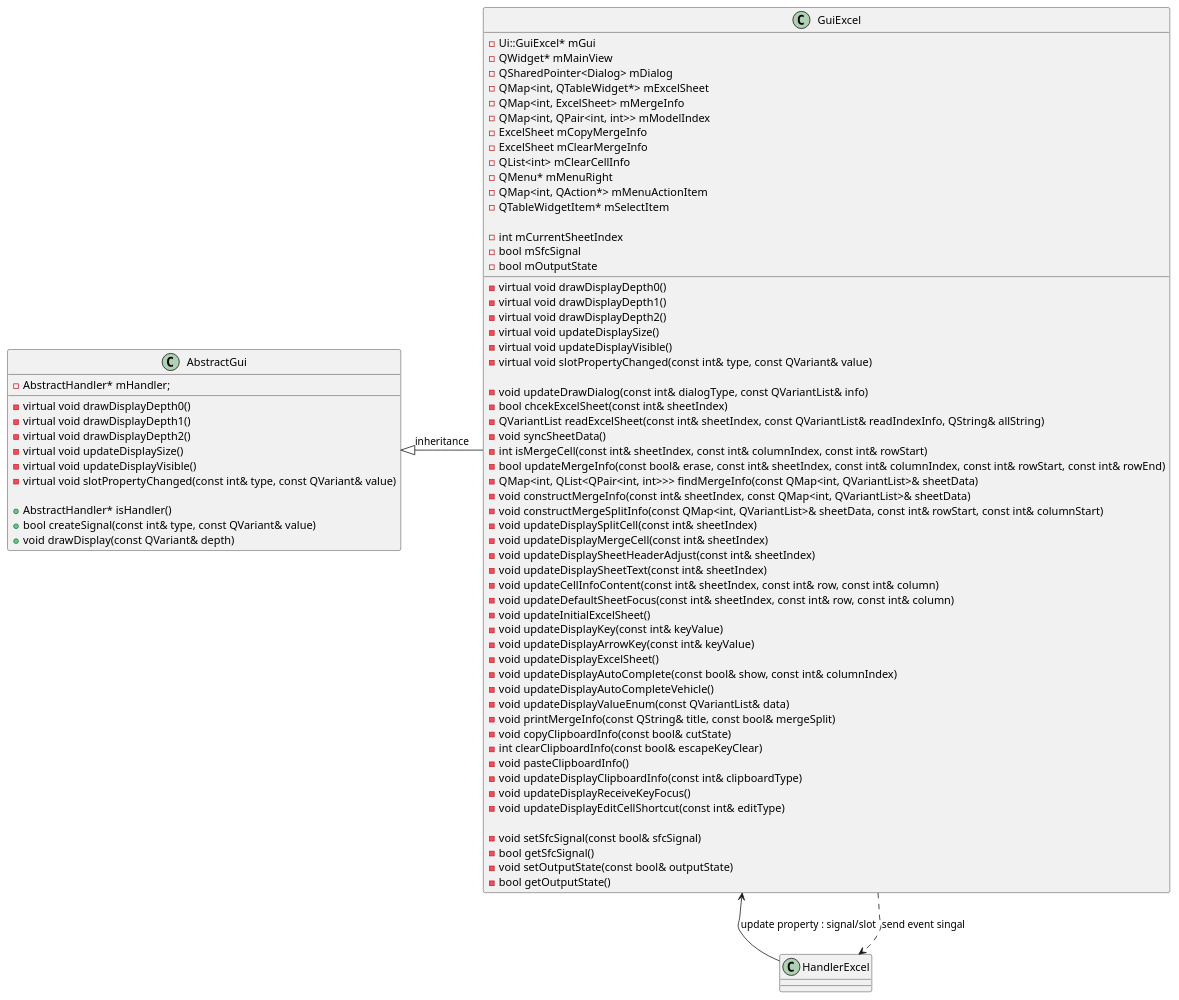
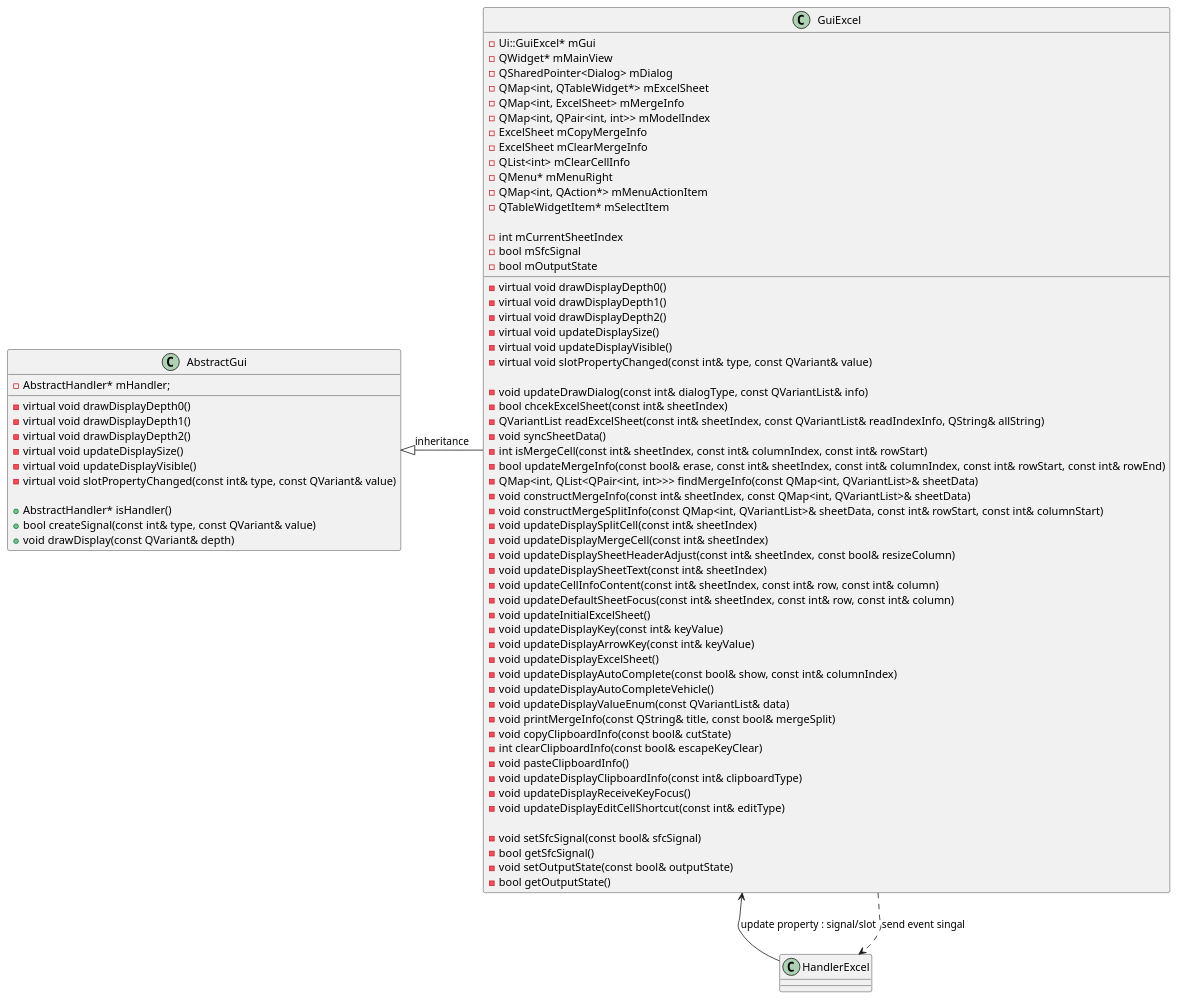
One commit to rlarudgh1997/Application changed the diagram in Diagram/022_Excel/ClassDiagram_ExcelGui.plantuml. Above: the diagram before and after it, drawn with PlantUML. The commit also changed 26 other files, not shown here.

```diff
--- a/Diagram/022_Excel/ClassDiagram_ExcelGui.plantuml
+++ b/Diagram/022_Excel/ClassDiagram_ExcelGui.plantuml
@@ -1,86 +1,86 @@
 @startuml
 
 ' AbstractGui 클래스 정의
 class AbstractGui {
     -virtual void drawDisplayDepth0()
     -virtual void drawDisplayDepth1()
     -virtual void drawDisplayDepth2()
     -virtual void updateDisplaySize()
     -virtual void updateDisplayVisible()
     -virtual void slotPropertyChanged(const int& type, const QVariant& value)
 
     +AbstractHandler* isHandler()
     +bool createSignal(const int& type, const QVariant& value)
     +void drawDisplay(const QVariant& depth)
 
     -AbstractHandler* mHandler;
 }
 
 ' GuiExcel 클래스 정의
 class GuiExcel {
     -virtual void drawDisplayDepth0()
     -virtual void drawDisplayDepth1()
     -virtual void drawDisplayDepth2()
     -virtual void updateDisplaySize()
     -virtual void updateDisplayVisible()
     -virtual void slotPropertyChanged(const int& type, const QVariant& value)
 
     -void updateDrawDialog(const int& dialogType, const QVariantList& info)
     -bool chcekExcelSheet(const int& sheetIndex)
     -QVariantList readExcelSheet(const int& sheetIndex, const QVariantList& readIndexInfo, QString& allString)
     -void syncSheetData()
     -int isMergeCell(const int& sheetIndex, const int& columnIndex, const int& rowStart)
     -bool updateMergeInfo(const bool& erase, const int& sheetIndex, const int& columnIndex, const int& rowStart, const int& rowEnd)
     -QMap<int, QList<QPair<int, int>>> findMergeInfo(const QMap<int, QVariantList>& sheetData)
     -void constructMergeInfo(const int& sheetIndex, const QMap<int, QVariantList>& sheetData)
     -void constructMergeSplitInfo(const QMap<int, QVariantList>& sheetData, const int& rowStart, const int& columnStart)
     -void updateDisplaySplitCell(const int& sheetIndex)
     -void updateDisplayMergeCell(const int& sheetIndex)
-    -void updateDisplaySheetHeaderAdjust(const int& sheetIndex)
+    -void updateDisplaySheetHeaderAdjust(const int& sheetIndex, const bool& resizeColumn)
     -void updateDisplaySheetText(const int& sheetIndex)
     -void updateCellInfoContent(const int& sheetIndex, const int& row, const int& column)
     -void updateDefaultSheetFocus(const int& sheetIndex, const int& row, const int& column)
     -void updateInitialExcelSheet()
     -void updateDisplayKey(const int& keyValue)
     -void updateDisplayArrowKey(const int& keyValue)
     -void updateDisplayExcelSheet()
     -void updateDisplayAutoComplete(const bool& show, const int& columnIndex)
     -void updateDisplayAutoCompleteVehicle()
     -void updateDisplayValueEnum(const QVariantList& data)
     -void printMergeInfo(const QString& title, const bool& mergeSplit)
     -void copyClipboardInfo(const bool& cutState)
     -int clearClipboardInfo(const bool& escapeKeyClear)
     -void pasteClipboardInfo()
     -void updateDisplayClipboardInfo(const int& clipboardType)
     -void updateDisplayReceiveKeyFocus()
     -void updateDisplayEditCellShortcut(const int& editType)
 
     -void setSfcSignal(const bool& sfcSignal)
     -bool getSfcSignal()
     -void setOutputState(const bool& outputState)
     -bool getOutputState()
 
     -Ui::GuiExcel* mGui
     -QWidget* mMainView
     -QSharedPointer<Dialog> mDialog
     -QMap<int, QTableWidget*> mExcelSheet
     -QMap<int, ExcelSheet> mMergeInfo
     -QMap<int, QPair<int, int>> mModelIndex
     -ExcelSheet mCopyMergeInfo
     -ExcelSheet mClearMergeInfo
     -QList<int> mClearCellInfo
     -QMenu* mMenuRight
     -QMap<int, QAction*> mMenuActionItem
     -QTableWidgetItem* mSelectItem
 
     -int mCurrentSheetIndex
     -bool mSfcSignal
     -bool mOutputState
 }
 
 ' 클래스 간의 관계 정의
 AbstractGui <|- GuiExcel : inheritance
 GuiExcel <-- HandlerExcel : update property : signal/slot
 GuiExcel ..> HandlerExcel : send event singal
 
 @enduml
```
